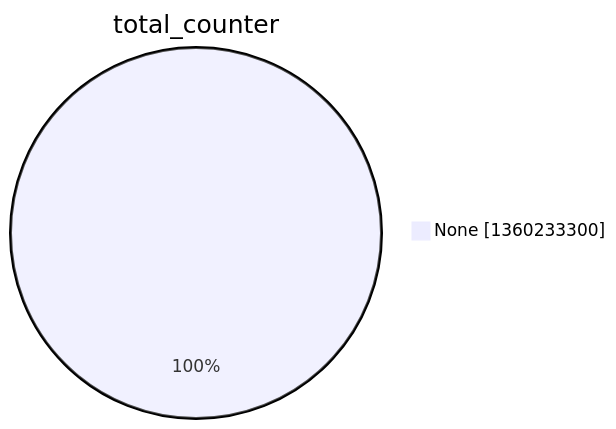
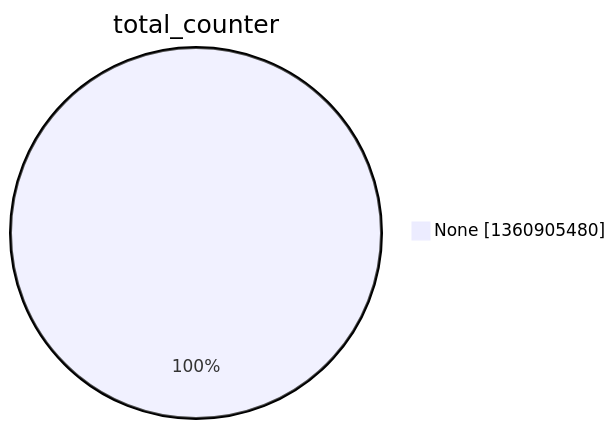
The second of 15 diagrams in argon2022/README.md (christiankrug/ctmonitor_visualization), drawn with Mermaid before and after one commit. The commit also changed other lines of this file, not shown here.

````diff
--- a/argon2022/README.md
+++ b/argon2022/README.md
@@ -9,5 +9,5 @@
 ```mermaid
 pie showData
 title total_counter
-"None" :1360233300
+"None" :1360905480
 ```
````
